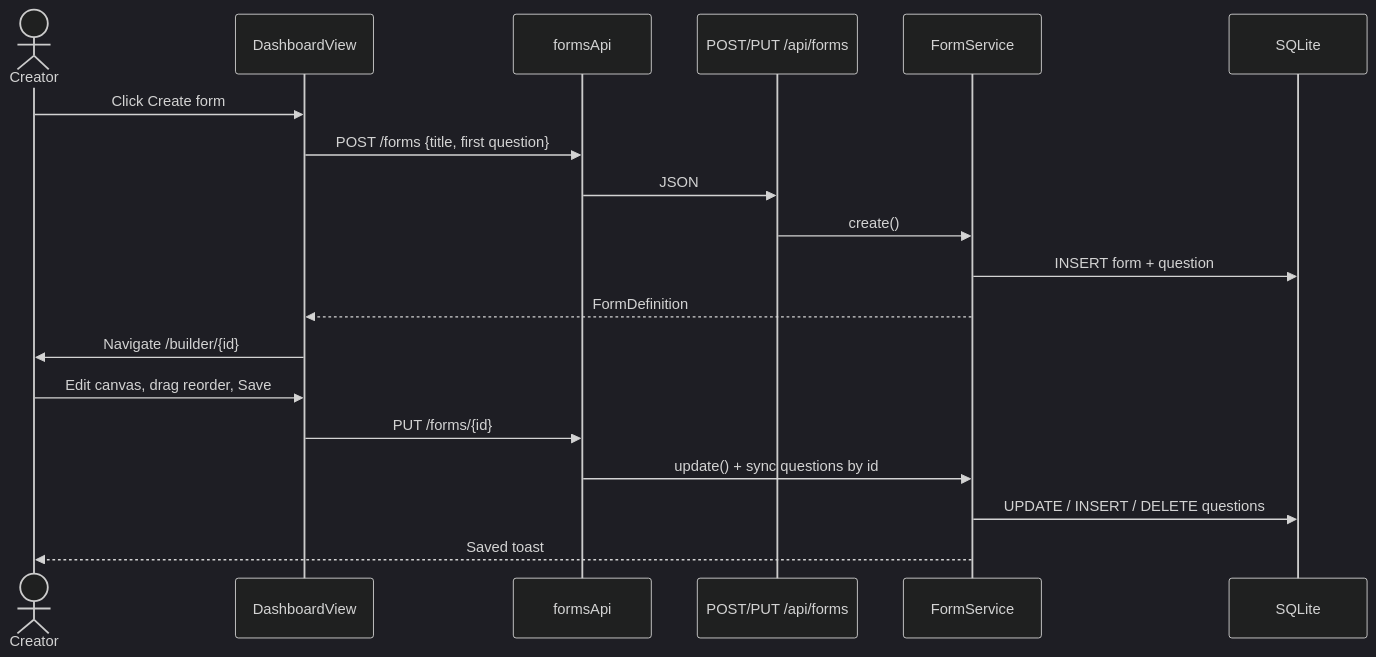
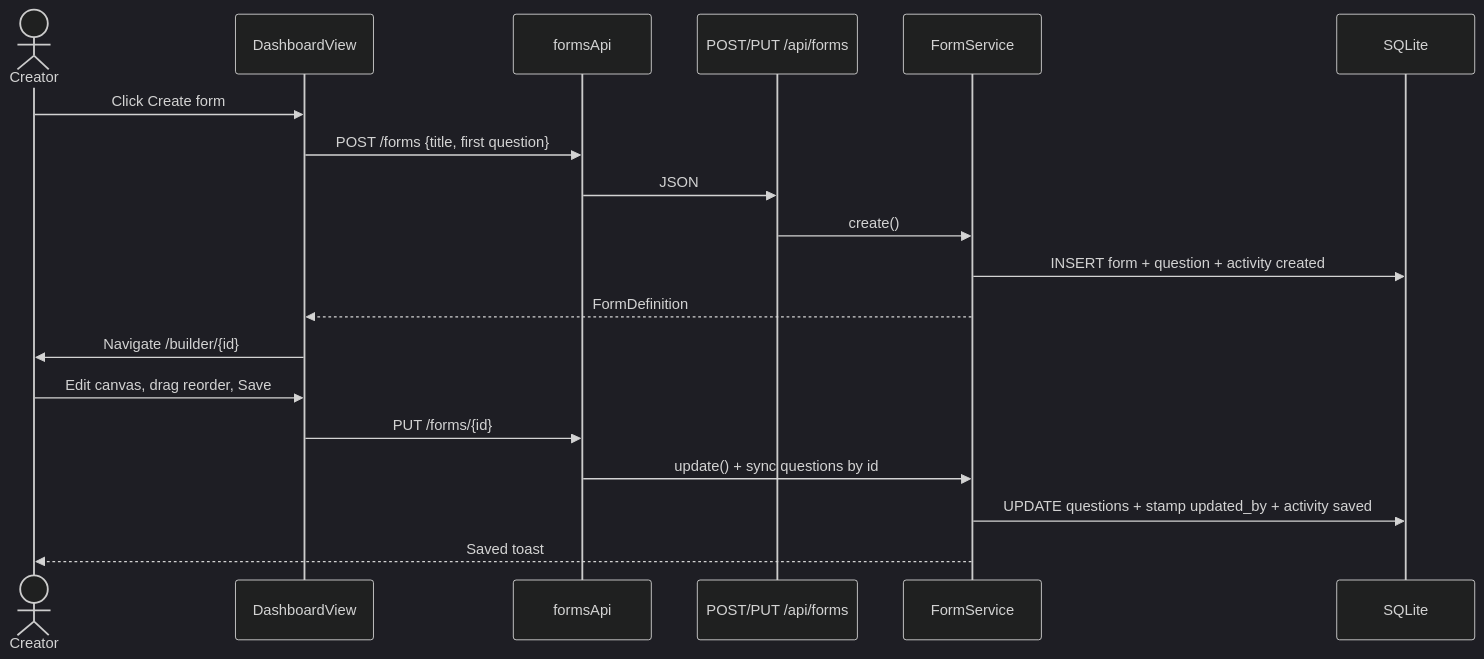
The first of 5 diagrams in docs/diagrams/sequence.md (ruthwikkakumani/formly), drawn with Mermaid (dark theme) before and after one commit. The commit also changed other lines of this file and 11 other files, not shown here.

First line of the commit message:
docs: sync LLD and UML with live presence and activity history

````diff
--- a/docs/diagrams/sequence.md
+++ b/docs/diagrams/sequence.md
@@ -5,22 +5,22 @@
 ```mermaid
 sequenceDiagram
   actor Creator
   participant Dash as DashboardView
   participant API as formsApi
   participant Route as POST/PUT /api/forms
   participant Svc as FormService
   participant DB as SQLite
 
   Creator->>Dash: Click Create form
   Dash->>API: POST /forms {title, first question}
   API->>Route: JSON
   Route->>Svc: create()
-  Svc->>DB: INSERT form + question
+  Svc->>DB: INSERT form + question + activity created
   Svc-->>Dash: FormDefinition
   Dash->>Creator: Navigate /builder/{id}
   Creator->>Dash: Edit canvas, drag reorder, Save
   Dash->>API: PUT /forms/{id}
   API->>Svc: update() + sync questions by id
-  Svc->>DB: UPDATE / INSERT / DELETE questions
+  Svc->>DB: UPDATE questions + stamp updated_by + activity saved
   Svc-->>Creator: Saved toast
 ```
````
